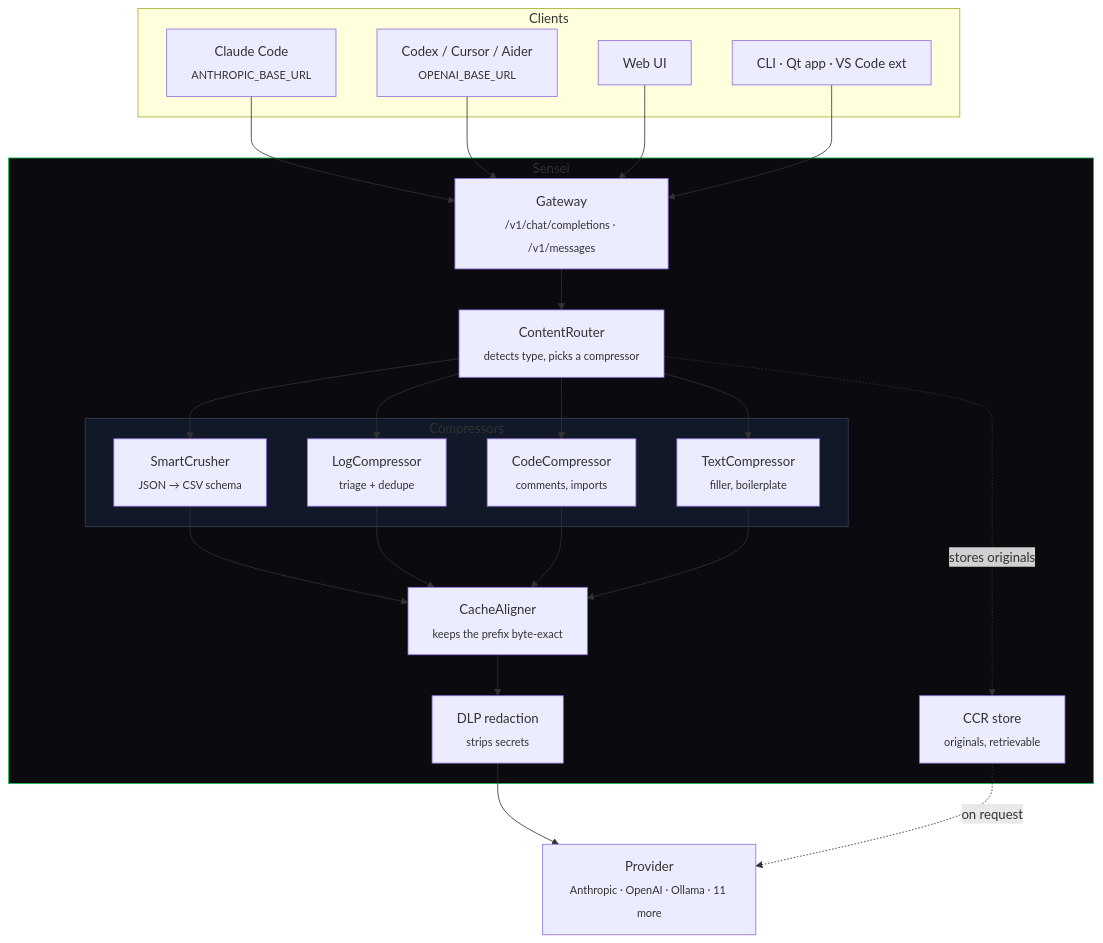
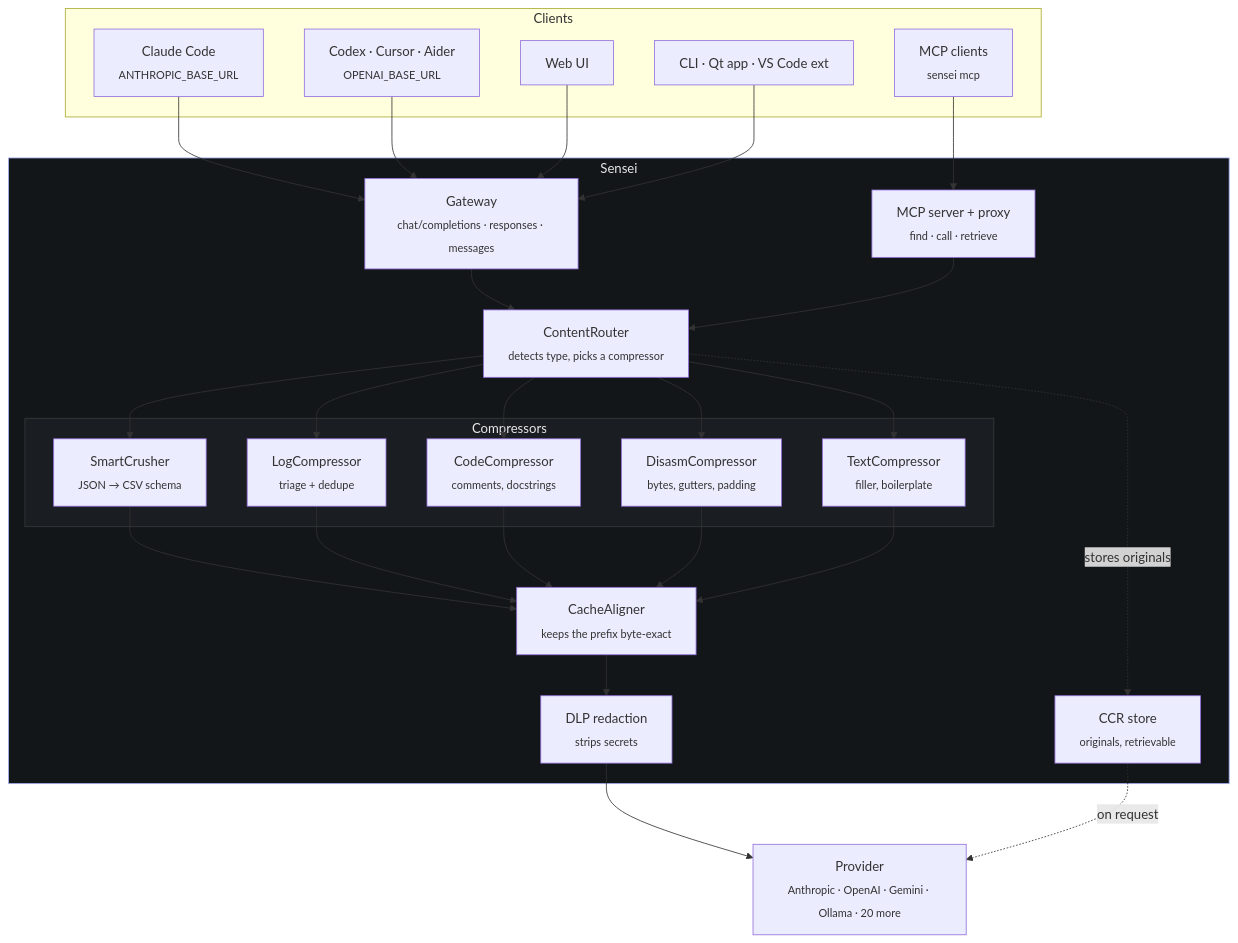
The diagram in README.md (SenseiIssei/Sensei), drawn with Mermaid before and after one commit. The commit also changed other lines of this file and 103 other files, not shown here.

First line of the commit message:
Sensei 0.2: Codex & Claude Code done right, MCP proxy, installers, calm redesign (#157)

````diff
--- a/README.md
+++ b/README.md
@@ -338,40 +343,45 @@
 ```mermaid
 flowchart TB
     subgraph client["Clients"]
         CC["Claude Code<br/><sub>ANTHROPIC_BASE_URL</sub>"]
-        CX["Codex / Cursor / Aider<br/><sub>OPENAI_BASE_URL</sub>"]
+        CX["Codex · Cursor · Aider<br/><sub>OPENAI_BASE_URL</sub>"]
+        MCPC["MCP clients<br/><sub>sensei mcp</sub>"]
         WEB["Web UI"]
         CLI["CLI · Qt app · VS Code ext"]
     end
 
     subgraph sensei["Sensei"]
-        GW["Gateway<br/><sub>/v1/chat/completions · /v1/messages</sub>"]
+        GW["Gateway<br/><sub>chat/completions · responses · messages</sub>"]
+        MP["MCP server + proxy<br/><sub>find · call · retrieve</sub>"]
         RT["ContentRouter<br/><sub>detects type, picks a compressor</sub>"]
         subgraph comp["Compressors"]
             SC["SmartCrusher<br/><sub>JSON → CSV schema</sub>"]
             LC["LogCompressor<br/><sub>triage + dedupe</sub>"]
-            CD["CodeCompressor<br/><sub>comments, imports</sub>"]
+            CD["CodeCompressor<br/><sub>comments, docstrings</sub>"]
+            DA["DisasmCompressor<br/><sub>bytes, gutters, padding</sub>"]
             TC["TextCompressor<br/><sub>filler, boilerplate</sub>"]
         end
         CA["CacheAligner<br/><sub>keeps the prefix byte-exact</sub>"]
         CCR["CCR store<br/><sub>originals, retrievable</sub>"]
         RED["DLP redaction<br/><sub>strips secrets</sub>"]
     end
 
-    PROV["Provider<br/><sub>Anthropic · OpenAI · Ollama · 11 more</sub>"]
+    PROV["Provider<br/><sub>Anthropic · OpenAI · Gemini · Ollama · 20 more</sub>"]
 
     CC --> GW
     CX --> GW
     WEB --> GW
     CLI --> GW
     GW --> RT
-    RT --> SC & LC & CD & TC
-    SC & LC & CD & TC --> CA
+    MCPC --> MP
+    MP --> RT
+    RT --> SC & LC & CD & DA & TC
+    SC & LC & CD & DA & TC --> CA
     CA --> RED
     RED --> PROV
     RT -.stores originals.-> CCR
     CCR -.on request.-> PROV
 
-    style sensei fill:#0a0a0f,stroke:#22c55e
-    style comp fill:#111827,stroke:#374151
+    style sensei fill:#131619,stroke:#a6b0f2,color:#e8e8e8
+    style comp fill:#1a1d21,stroke:#363a3d,color:#e8e8e8
 ```
````
